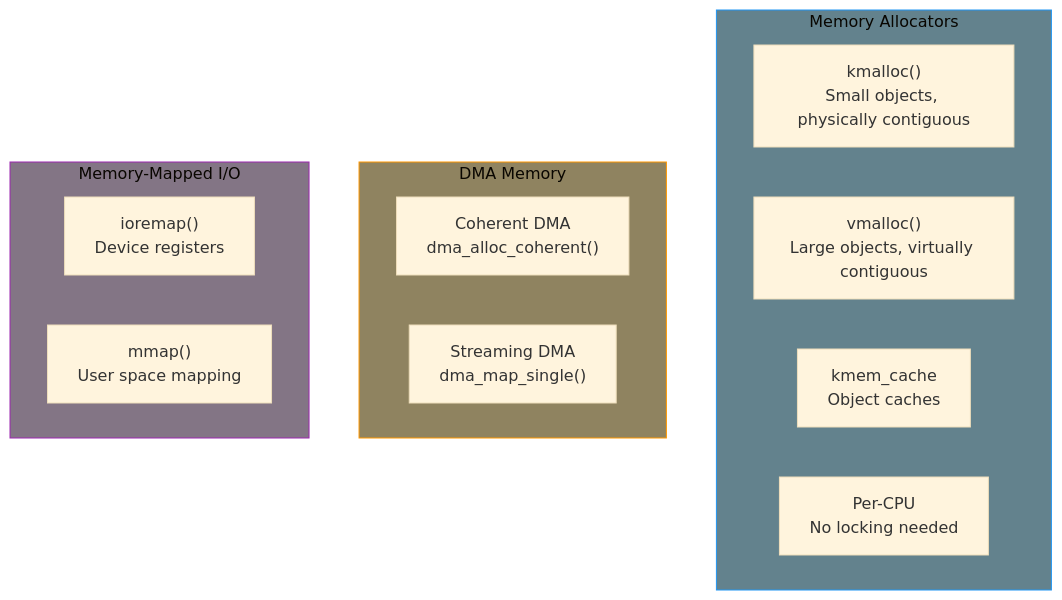
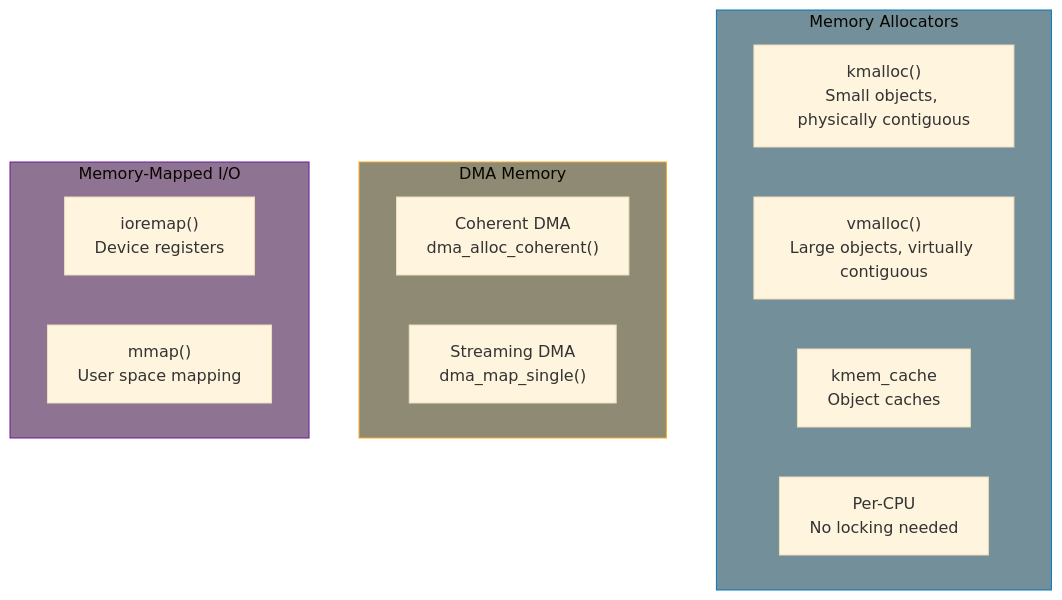
Before and after one commit to MichaelTien8901/linux-driver-guide-tutorial: the first of 2 diagrams in part5/index.md, drawn with Mermaid (base theme). The commit also changed other lines of this file and 36 other files, not shown here.

Commit message:
Fix mermaid diagram colors to use consistent paper-like theme

````diff
--- a/part5/index.md
+++ b/part5/index.md
@@ -14,23 +14,23 @@
 ```mermaid
 flowchart TB
     subgraph Allocators["Memory Allocators"]
         kmalloc["kmalloc()<br/>Small objects, physically contiguous"]
         vmalloc["vmalloc()<br/>Large objects, virtually contiguous"]
         slab["kmem_cache<br/>Object caches"]
         percpu["Per-CPU<br/>No locking needed"]
     end
 
     subgraph DMA["DMA Memory"]
         coherent["Coherent DMA<br/>dma_alloc_coherent()"]
         streaming["Streaming DMA<br/>dma_map_single()"]
     end
 
     subgraph MMIO["Memory-Mapped I/O"]
         ioremap["ioremap()<br/>Device registers"]
         mmap["mmap()<br/>User space mapping"]
     end
 
-    style Allocators fill:#63828d,stroke:#2196f3
-    style DMA fill:#8f8360,stroke:#ff9800
-    style MMIO fill:#837585,stroke:#9c27b0
+    style Allocators fill:#738f99,stroke:#0277bd
+    style DMA fill:#8f8a73,stroke:#f9a825
+    style MMIO fill:#8f7392,stroke:#6a1b9a
 ```
````
